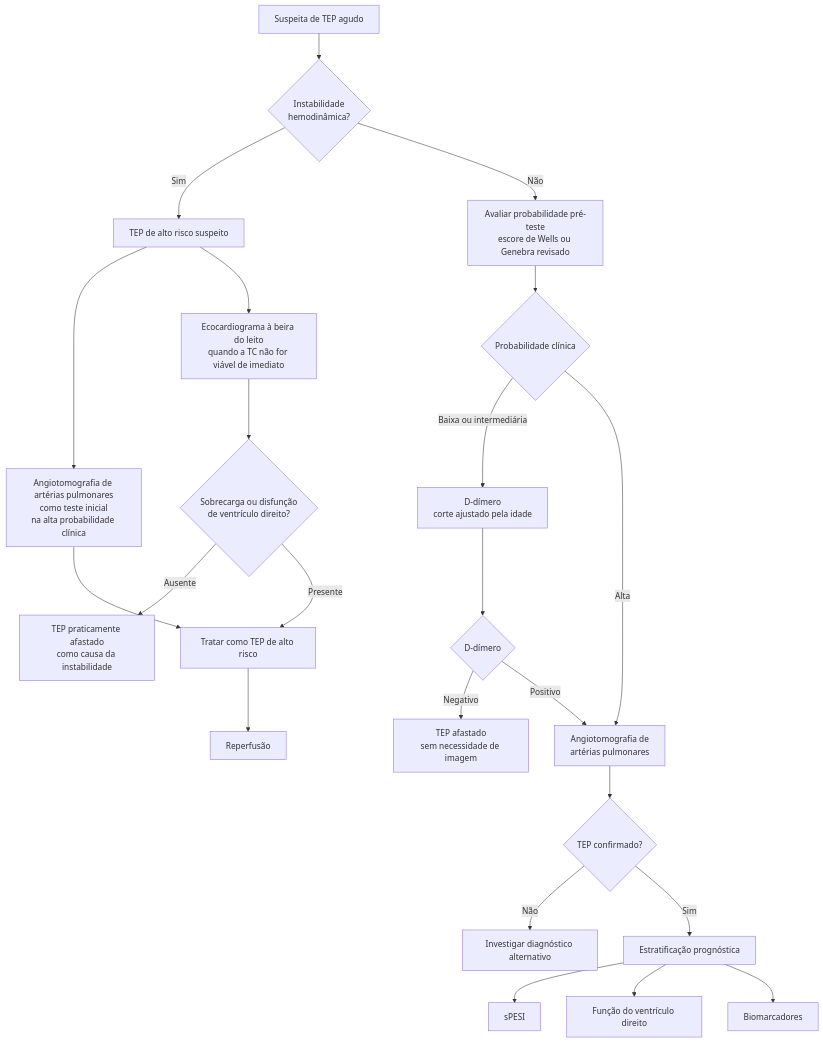
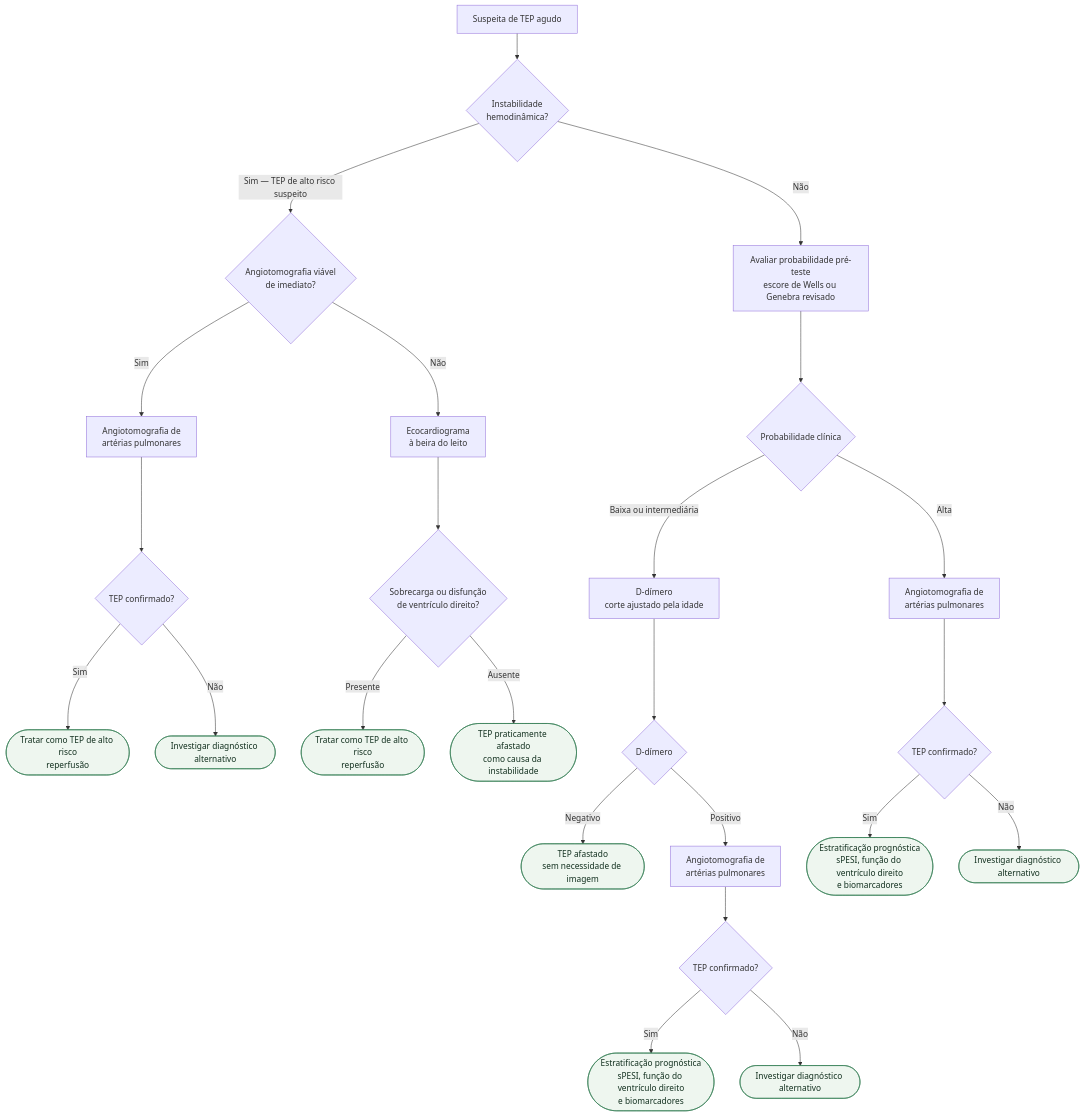
One commit to rafaelpaesmeirelles/MeuCardio changed the diagram in content/Tromboembolismo/fluxograma-tromboembolismo-pulmonar-diagnostico-esc-2019.md. Above: the diagram before and after it, drawn with Mermaid. The commit also changed other lines of this file and 18 other files, not shown here.

````diff
--- a/content/Tromboembolismo/fluxograma-tromboembolismo-pulmonar-diagnostico-esc-2019.md
+++ b/content/Tromboembolismo/fluxograma-tromboembolismo-pulmonar-diagnostico-esc-2019.md
@@ -19,31 +19,36 @@
 ```mermaid
 flowchart TD
-  A["Suspeita de TEP agudo"] --> B{"Instabilidade<br/>hemodinâmica?"}
+  R0["Suspeita de TEP agudo"] --> D1{"Instabilidade<br/>hemodinâmica?"}
 
-  B -->|Sim| C["TEP de alto risco suspeito"]
-  B -->|Não| D["Avaliar probabilidade pré-teste<br/>escore de Wells ou Genebra revisado"]
+  D1 -->|"Sim — TEP de alto risco suspeito"| D2{"Angiotomografia viável<br/>de imediato?"}
 
-  C --> E["Angiotomografia de artérias pulmonares<br/>como teste inicial<br/>na alta probabilidade clínica"]
-  C --> F["Ecocardiograma à beira do leito<br/>quando a TC não for viável de imediato"]
-  F --> G{"Sobrecarga ou disfunção<br/>de ventrículo direito?"}
-  G -->|Ausente| H["TEP praticamente afastado<br/>como causa da instabilidade"]
-  G -->|Presente| I["Tratar como TEP de alto risco"]
-  E --> I
+  D2 -->|Sim| P1["Angiotomografia de<br/>artérias pulmonares"]
+  P1 --> D3{"TEP confirmado?"}
+  D3 -->|Sim| C1(["Tratar como TEP de alto risco<br/>reperfusão"])
+  D3 -->|Não| C2(["Investigar diagnóstico alternativo"])
 
-  D --> J{"Probabilidade clínica"}
-  J -->|"Baixa ou intermediária"| K["D-dímero<br/>corte ajustado pela idade"]
-  J -->|Alta| L["Angiotomografia de<br/>artérias pulmonares"]
+  D2 -->|Não| P2["Ecocardiograma<br/>à beira do leito"]
+  P2 --> D4{"Sobrecarga ou disfunção<br/>de ventrículo direito?"}
+  D4 -->|Presente| C3(["Tratar como TEP de alto risco<br/>reperfusão"])
+  D4 -->|Ausente| C4(["TEP praticamente afastado<br/>como causa da instabilidade"])
 
-  K --> M{"D-dímero"}
-  M -->|Negativo| N["TEP afastado<br/>sem necessidade de imagem"]
-  M -->|Positivo| L
+  D1 -->|Não| P3["Avaliar probabilidade pré-teste<br/>escore de Wells ou Genebra revisado"]
+  P3 --> D5{"Probabilidade clínica"}
 
-  L --> O{"TEP confirmado?"}
-  O -->|Não| P["Investigar diagnóstico alternativo"]
-  O -->|Sim| Q["Estratificação prognóstica"]
+  D5 -->|"Baixa ou intermediária"| P4["D-dímero<br/>corte ajustado pela idade"]
+  P4 --> D6{"D-dímero"}
+  D6 -->|Negativo| C5(["TEP afastado<br/>sem necessidade de imagem"])
 
-  I --> R["Reperfusão"]
-  Q --> Q1["sPESI"]
-  Q --> Q2["Função do ventrículo direito"]
-  Q --> Q3["Biomarcadores"]
+  D6 -->|Positivo| P5["Angiotomografia de<br/>artérias pulmonares"]
+  P5 --> D7{"TEP confirmado?"}
+  D7 -->|Sim| C6(["Estratificação prognóstica<br/>sPESI, função do ventrículo direito<br/>e biomarcadores"])
+  D7 -->|Não| C7(["Investigar diagnóstico alternativo"])
+
+  D5 -->|Alta| P6["Angiotomografia de<br/>artérias pulmonares"]
+  P6 --> D8{"TEP confirmado?"}
+  D8 -->|Sim| C8(["Estratificação prognóstica<br/>sPESI, função do ventrículo direito<br/>e biomarcadores"])
+  D8 -->|Não| C9(["Investigar diagnóstico alternativo"])
+
+  classDef conduta fill:#eef6ef,stroke:#2f7a4f,color:#12301f;
+  class C1,C2,C3,C4,C5,C6,C7,C8,C9 conduta;
 ```
````
